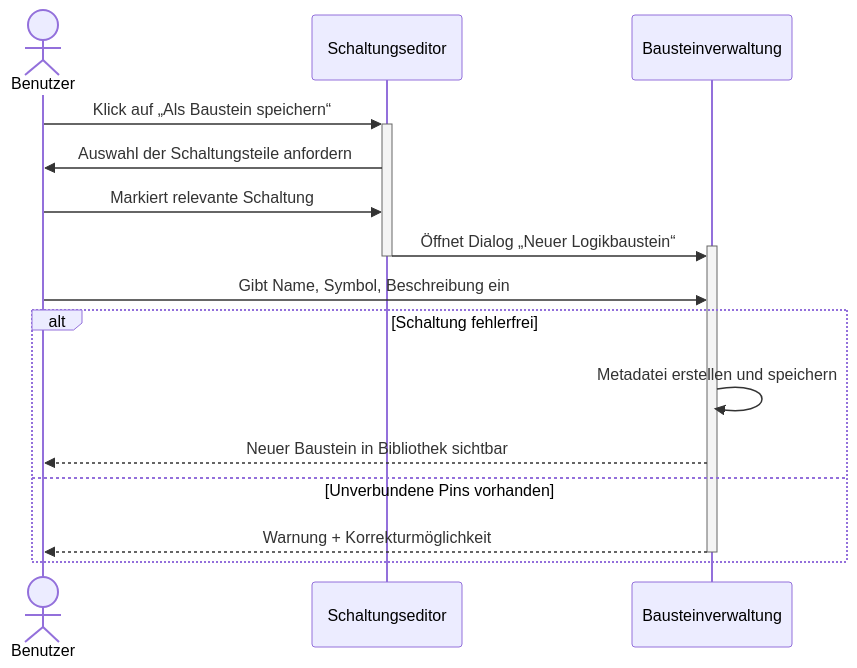
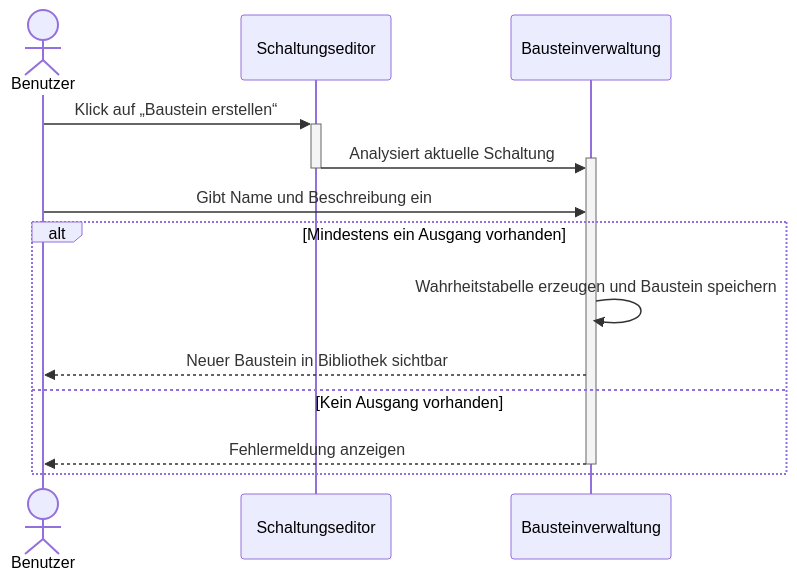
Before and after one commit to BitFlow-DHBW/BitFlow: the eighth of 43 diagrams in docs/use_cases/software_requirements_specification.md, drawn with Mermaid. The commit also changed other lines of this file and 9 other files, not shown here.

````diff
--- a/docs/use_cases/software_requirements_specification.md
+++ b/docs/use_cases/software_requirements_specification.md
@@ -421,19 +471,17 @@
 ```mermaid
 sequenceDiagram
     actor Benutzer
     participant Editor as Schaltungseditor
     participant System as Bausteinverwaltung
 
-    Benutzer ->>+ Editor: Klick auf „Als Baustein speichern“
-    Editor ->> Benutzer: Auswahl der Schaltungsteile anfordern
-    Benutzer ->> Editor: Markiert relevante Schaltung
-    Editor ->>+ System: Öffnet Dialog „Neuer Logikbaustein“
+    Benutzer ->>+ Editor: Klick auf „Baustein erstellen“
+    Editor ->>+ System: Analysiert aktuelle Schaltung
     deactivate Editor
-    Benutzer ->> System: Gibt Name, Symbol, Beschreibung ein
-    alt Schaltung fehlerfrei
-        System ->> System: Metadatei erstellen und speichern
+    Benutzer ->> System: Gibt Name und Beschreibung ein
+    alt Mindestens ein Ausgang vorhanden
+        System ->> System: Wahrheitstabelle erzeugen und Baustein speichern
         System -->> Benutzer: Neuer Baustein in Bibliothek sichtbar
-    else Unverbundene Pins vorhanden
-        System -->>- Benutzer: Warnung + Korrekturmöglichkeit
+    else Kein Ausgang vorhanden
+        System -->>- Benutzer: Fehlermeldung anzeigen
     end
 ```
````
